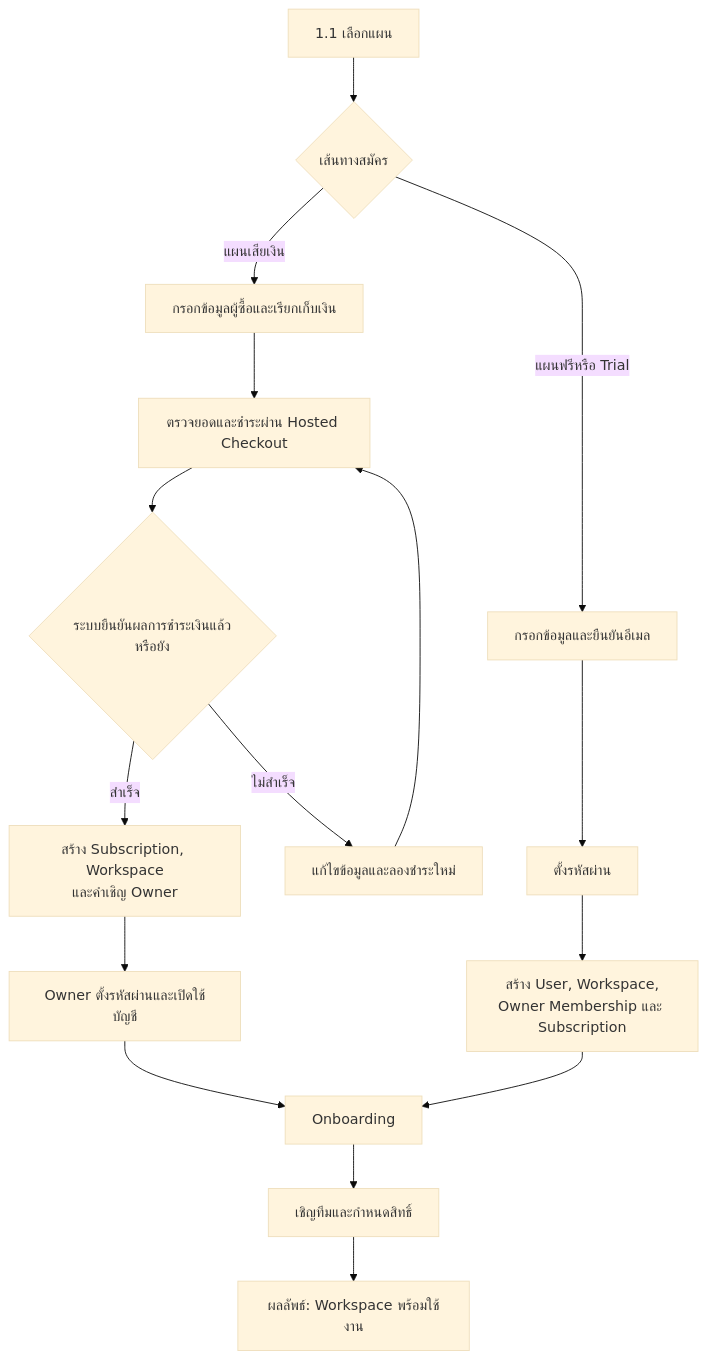
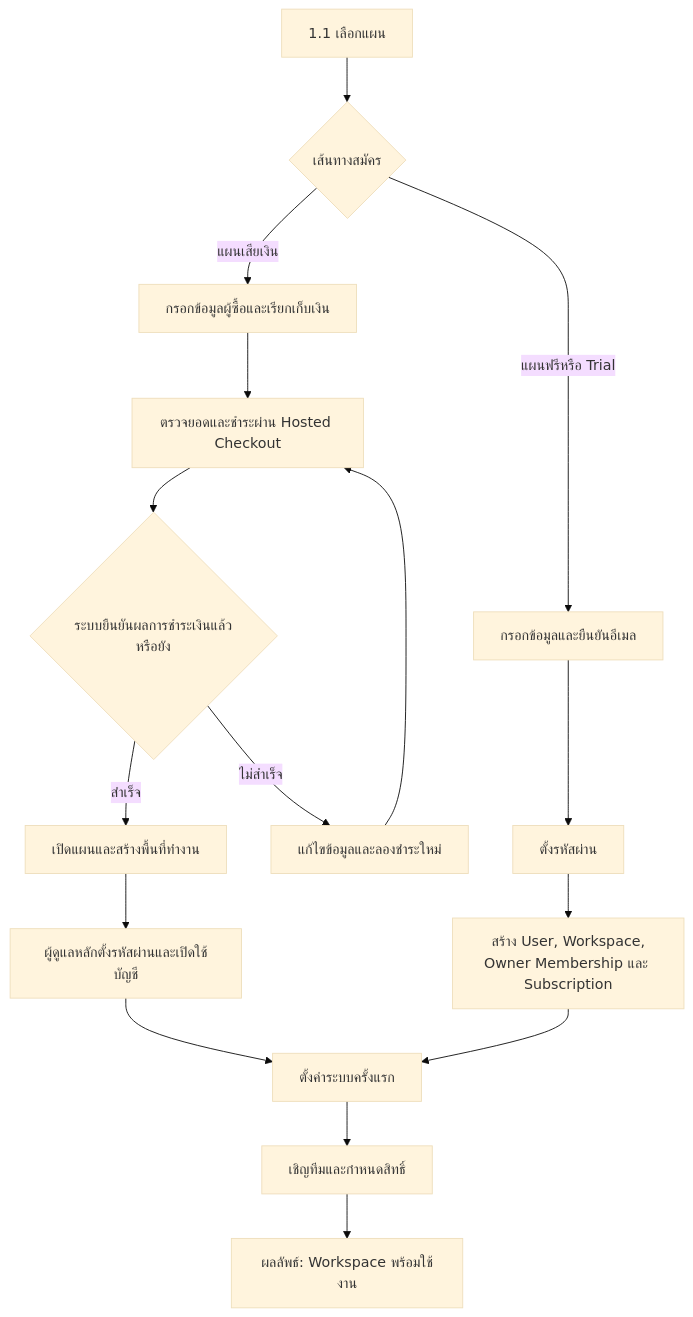
One commit to yukasung/mattersolv_docs changed the first of 7 diagrams in docs/app/docs/workflow/page.mdx. Above: the diagram before and after it, drawn with Mermaid (base theme). The commit also changed other lines of this file and 1 other file, not shown here.

Commit message:
docs: simplify signup diagram terminology

````diff
--- a/docs/app/docs/workflow/page.mdx
+++ b/docs/app/docs/workflow/page.mdx
@@ -26,18 +26,18 @@
 ```mermaid
 flowchart TD
   A["1.1 เลือกแผน"] --> B{"เส้นทางสมัคร"}
   B -->|แผนฟรีหรือ Trial| C["กรอกข้อมูลและยืนยันอีเมล"]
   C --> D["ตั้งรหัสผ่าน"]
   D --> E["สร้าง User, Workspace,<br/>Owner Membership และ Subscription"]
   B -->|แผนเสียเงิน| F["กรอกข้อมูลผู้ซื้อและเรียกเก็บเงิน"]
   F --> G["ตรวจยอดและชำระผ่าน Hosted Checkout"]
   G --> H{"ระบบยืนยันผลการชำระเงินแล้วหรือยัง"}
   H -->|ไม่สำเร็จ| I["แก้ไขข้อมูลและลองชำระใหม่"]
   I --> G
-  H -->|สำเร็จ| J["สร้าง Subscription, Workspace<br/>และคำเชิญ Owner"]
-  J --> K["Owner ตั้งรหัสผ่านและเปิดใช้บัญชี"]
-  K --> L["Onboarding"]
+  H -->|สำเร็จ| J["เปิดแผนและสร้างพื้นที่ทำงาน"]
+  J --> K["ผู้ดูแลหลักตั้งรหัสผ่านและเปิดใช้บัญชี"]
+  K --> L["ตั้งค่าระบบครั้งแรก"]
   E --> L
   L --> M["เชิญทีมและกำหนดสิทธิ์"]
   M --> R["ผลลัพธ์: Workspace พร้อมใช้งาน"]
 ```
````
